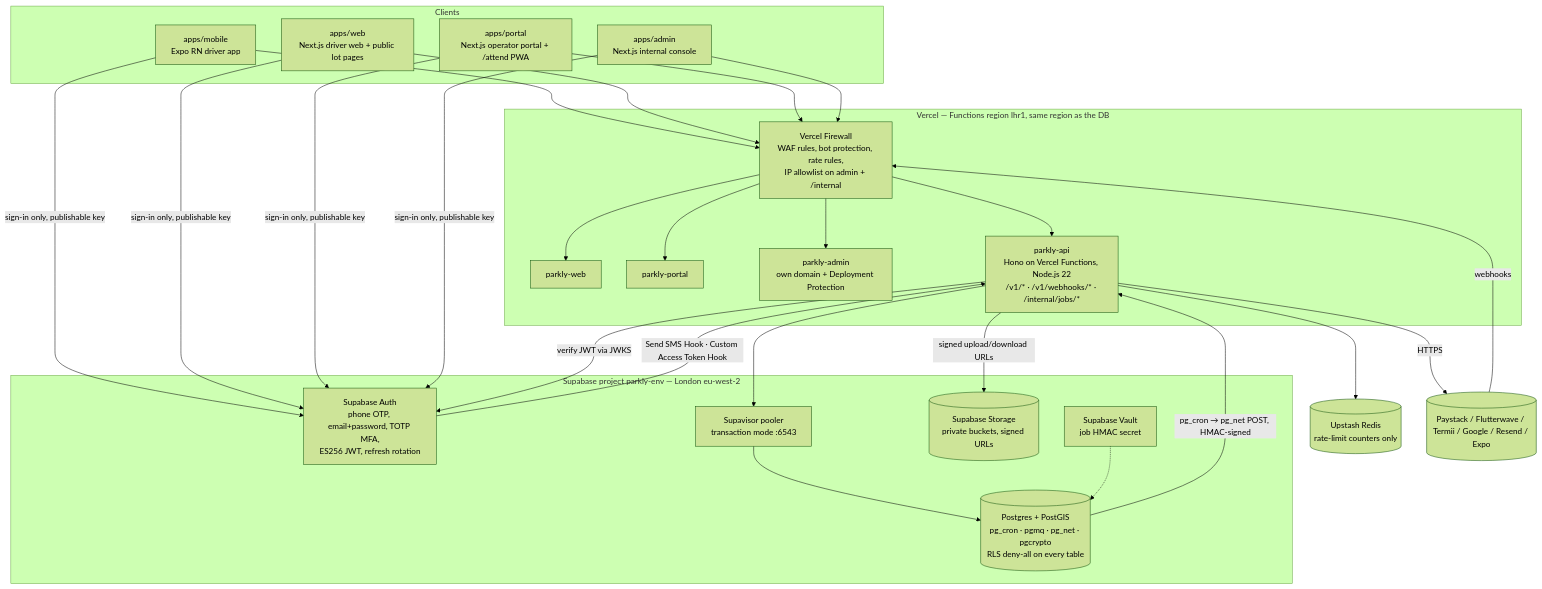
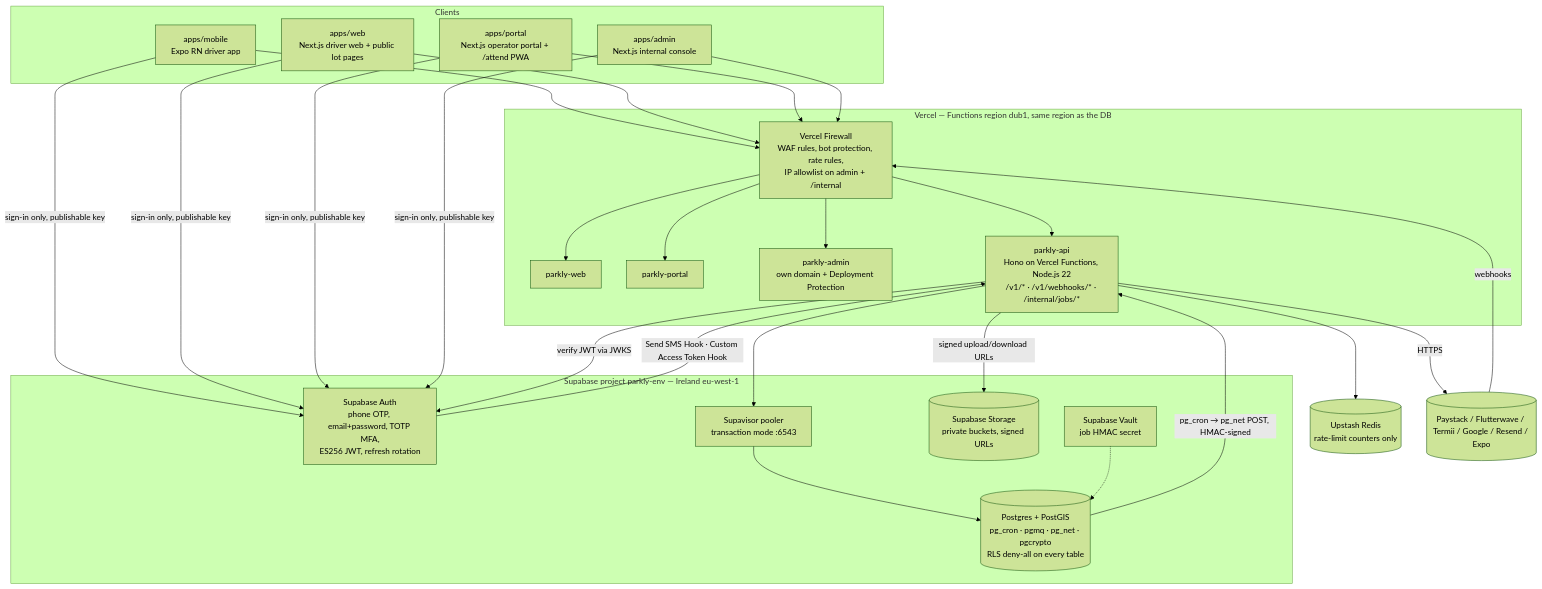
The second of 11 diagrams in parkly-app/docs/01 - System Architecture and System Designs.md (zanaspace/parkly), drawn with Mermaid (forest theme) before and after one commit. The commit also changed other lines of this file and 21 other files, not shown here.

````diff
--- a/parkly-app/docs/01 - System Architecture and System Designs.md
+++ b/parkly-app/docs/01 - System Architecture and System Designs.md
@@ -57,40 +57,40 @@
 ```mermaid
 flowchart TB
   subgraph Clients
     mobile[apps/mobile<br/>Expo RN driver app]
     web[apps/web<br/>Next.js driver web + public lot pages]
     portal[apps/portal<br/>Next.js operator portal + /attend PWA]
     admin[apps/admin<br/>Next.js internal console]
   end
 
-  subgraph Vercel[Vercel — Functions region lhr1, same region as the DB]
+  subgraph Vercel[Vercel — Functions region dub1, same region as the DB]
     fw[Vercel Firewall<br/>WAF rules, bot protection, rate rules,<br/>IP allowlist on admin + /internal]
     vweb[parkly-web]
     vportal[parkly-portal]
     vadmin[parkly-admin<br/>own domain + Deployment Protection]
     api[parkly-api<br/>Hono on Vercel Functions, Node.js 22<br/>/v1/* · /v1/webhooks/* · /internal/jobs/*]
   end
 
-  subgraph Supabase[Supabase project parkly-env — London eu-west-2]
+  subgraph Supabase[Supabase project parkly-env — Ireland eu-west-1]
     auth[Supabase Auth<br/>phone OTP, email+password, TOTP MFA,<br/>ES256 JWT, refresh rotation]
     pool[Supavisor pooler<br/>transaction mode :6543]
     pg[(Postgres + PostGIS<br/>pg_cron · pgmq · pg_net · pgcrypto<br/>RLS deny-all on every table)]
     stor[(Supabase Storage<br/>private buckets, signed URLs)]
     vault[Supabase Vault<br/>job HMAC secret]
   end
 
   upstash[(Upstash Redis<br/>rate-limit counters only)]
 
   mobile & web & portal & admin --> fw
   fw --> vweb & vportal & vadmin & api
   mobile & web & portal & admin -->|sign-in only, publishable key| auth
   api -->|verify JWT via JWKS| auth
   api --> pool --> pg
   api -->|signed upload/download URLs| stor
   api --> upstash
   auth -->|Send SMS Hook · Custom Access Token Hook| api
   pg -->|pg_cron → pg_net POST, HMAC-signed| api
   vault -.-> pg
   api -->|HTTPS| ext[(Paystack / Flutterwave / Termii / Google / Resend / Expo)]
   ext -->|webhooks| fw
 ```
````
